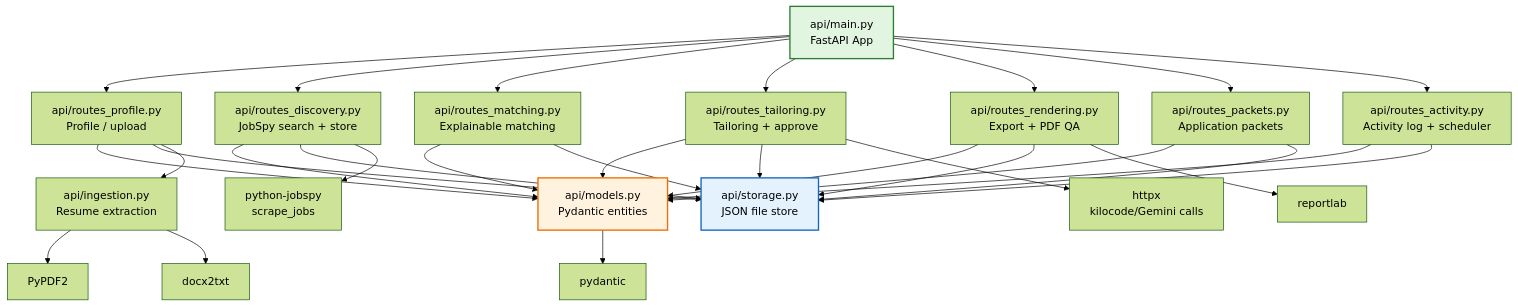
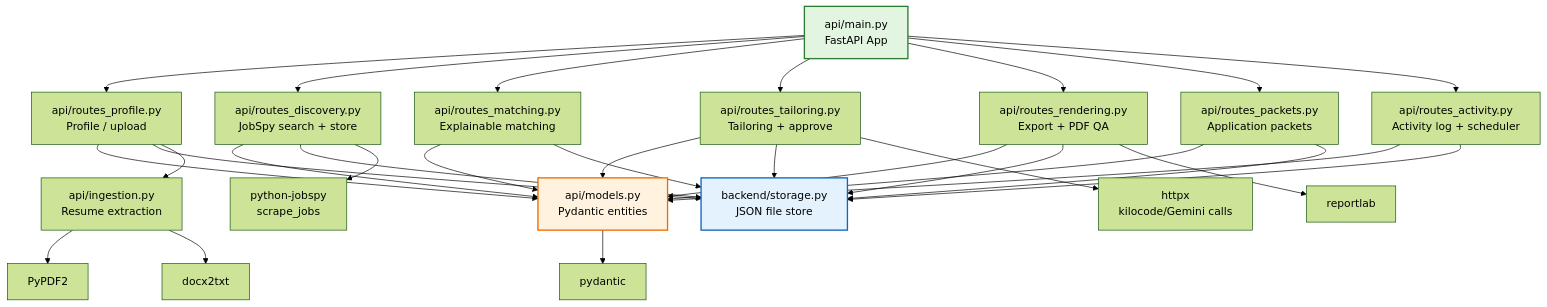
One commit to SPEEDBOT38/anyjob changed the first of 4 diagrams in GRAPHIFY.md. Above: the diagram before and after it, drawn with Mermaid (forest theme). The commit also changed other lines of this file and 30 other files, not shown here.

````diff
--- a/GRAPHIFY.md
+++ b/GRAPHIFY.md
@@ -47,45 +47,45 @@
 ```mermaid
 graph TD
     %% Entry point
     main[api/main.py<br/>FastAPI App]
 
     %% Routers
     main --> rp[api/routes_profile.py<br/>Profile / upload]
     main --> rd[api/routes_discovery.py<br/>JobSpy search + store]
     main --> rm[api/routes_matching.py<br/>Explainable matching]
     main --> rt[api/routes_tailoring.py<br/>Tailoring + approve]
     main --> rr[api/routes_rendering.py<br/>Export + PDF QA]
     main --> rpck[api/routes_packets.py<br/>Application packets]
     main --> ra[api/routes_activity.py<br/>Activity log + scheduler]
 
     %% Shared layer
     rp --> models[api/models.py<br/>Pydantic entities]
     rd --> models
     rm --> models
     rt --> models
     rr --> models
     rpck --> models
     ra --> models
 
-    rp --> store[api/storage.py<br/>JSON file store]
+    rp --> store[backend/storage.py<br/>JSON file store]
     rd --> store
     rm --> store
     rt --> store
     rr --> store
     rpck --> store
     ra --> store
 
     rp --> ing[api/ingestion.py<br/>Resume extraction]
 
     %% External deps
     models --> pydantic[pydantic]
     ing --> PyPDF2[PyPDF2]
     ing --> docx2txt[docx2txt]
     rr --> reportlab[reportlab]
     rt --> httpx[httpx<br/>kilocode/Gemini calls]
     rd --> jobspy[python-jobspy<br/>scrape_jobs]
 
     style main fill:#e1f5e1,stroke:#2e7d32,stroke-width:2px
     style models fill:#fff3e0,stroke:#ef6c00,stroke-width:2px
     style store fill:#e3f2fd,stroke:#1565c0,stroke-width:2px
 ```
````
